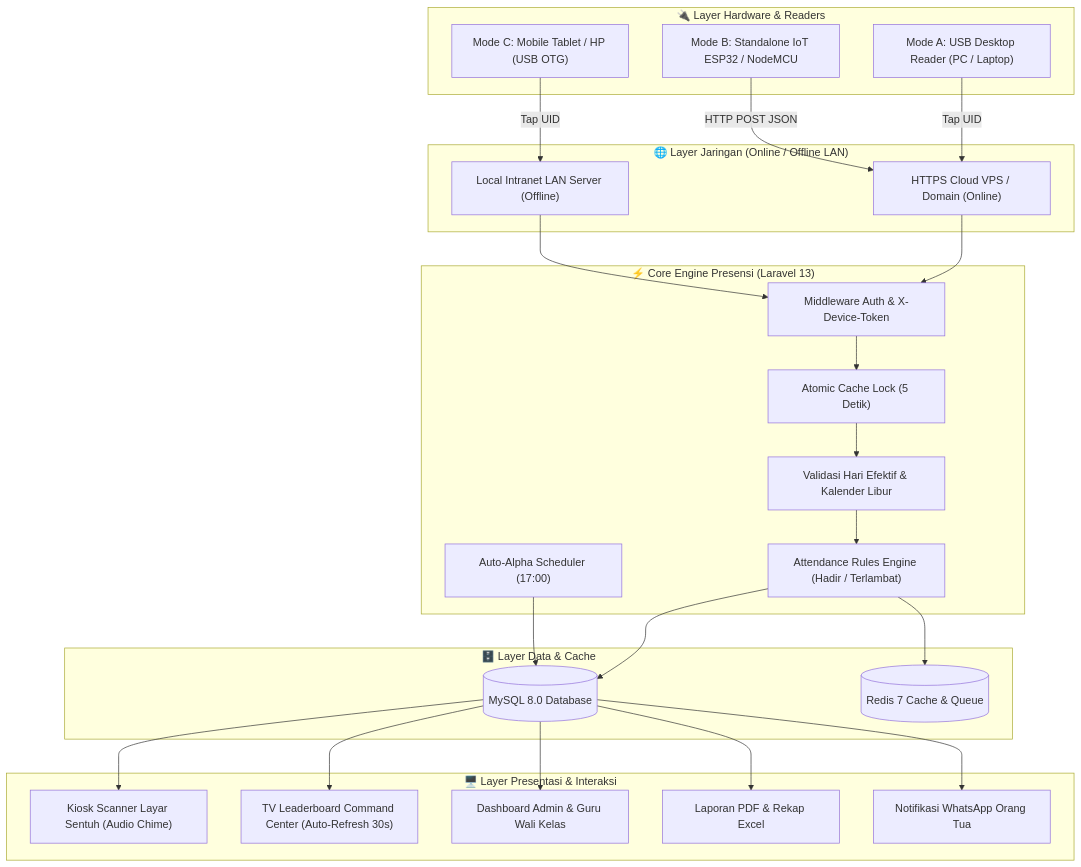
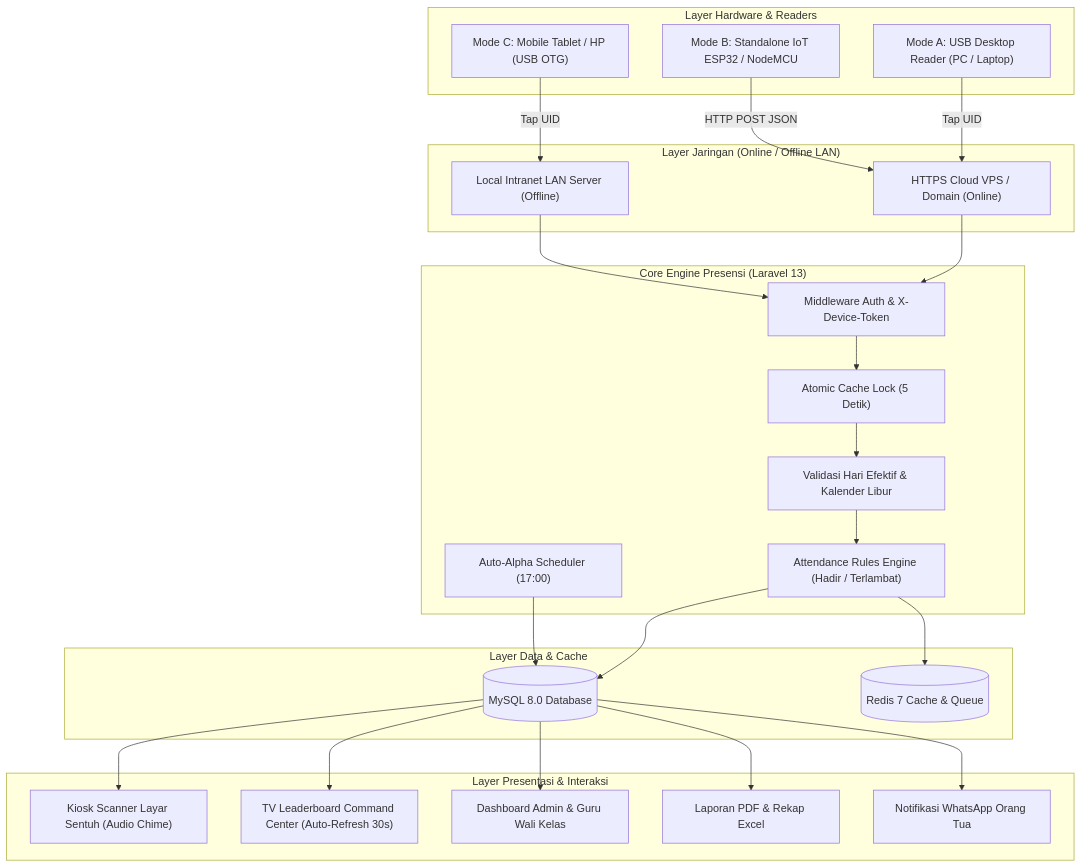
One commit to rteitch/presensi-rfid changed the first of 3 diagrams in README.md. Above: the diagram before and after it, drawn with Mermaid. The commit also changed other lines of this file, not shown here.

````diff
--- a/README.md
+++ b/README.md
@@ -32,51 +32,51 @@
 ```mermaid
 graph TD
-    subgraph HARDWARE["🔌 Layer Hardware & Readers"]
+    subgraph HARDWARE["Layer Hardware & Readers"]
         A1["Mode A: USB Desktop Reader (PC / Laptop)"]
         A2["Mode B: Standalone IoT ESP32 / NodeMCU"]
         A3["Mode C: Mobile Tablet / HP (USB OTG)"]
     end
 
-    subgraph NETWORK["🌐 Layer Jaringan (Online / Offline LAN)"]
+    subgraph NETWORK["Layer Jaringan (Online / Offline LAN)"]
         N1["HTTPS Cloud VPS / Domain (Online)"]
         N2["Local Intranet LAN Server (Offline)"]
     end
 
-    subgraph ENGINE["⚡ Core Engine Presensi (Laravel 13)"]
+    subgraph ENGINE["Core Engine Presensi (Laravel 13)"]
         E1["Middleware Auth & X-Device-Token"]
         E2["Atomic Cache Lock (5 Detik)"]
         E3["Validasi Hari Efektif & Kalender Libur"]
         E4["Attendance Rules Engine (Hadir / Terlambat)"]
         E5["Auto-Alpha Scheduler (17:00)"]
     end
 
-    subgraph DATA["🗄️ Layer Data & Cache"]
+    subgraph DATA["Layer Data & Cache"]
         D1[("MySQL 8.0 Database")]
         D2[("Redis 7 Cache & Queue")]
     end
 
-    subgraph UI["🖥️ Layer Presentasi & Interaksi"]
+    subgraph UI["Layer Presentasi & Interaksi"]
         U1["Kiosk Scanner Layar Sentuh (Audio Chime)"]
         U2["TV Leaderboard Command Center (Auto-Refresh 30s)"]
         U3["Dashboard Admin & Guru Wali Kelas"]
         U4["Laporan PDF & Rekap Excel"]
         U5["Notifikasi WhatsApp Orang Tua"]
     end
 
     A1 -->|Tap UID| N1
     A2 -->|HTTP POST JSON| N1
     A3 -->|Tap UID| N2
     N1 --> E1
     N2 --> E1
     E1 --> E2
     E2 --> E3
     E3 --> E4
     E4 --> D1
     E4 --> D2
     E5 --> D1
     D1 --> U1
     D1 --> U2
     D1 --> U3
     D1 --> U4
     D1 --> U5
 ```
````
